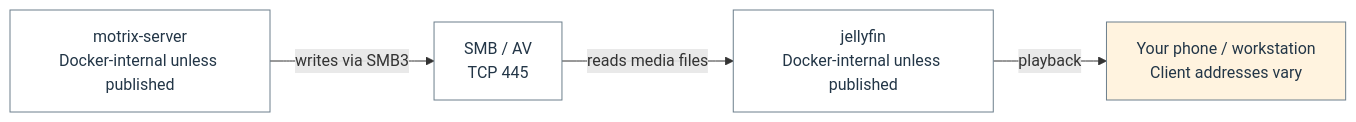
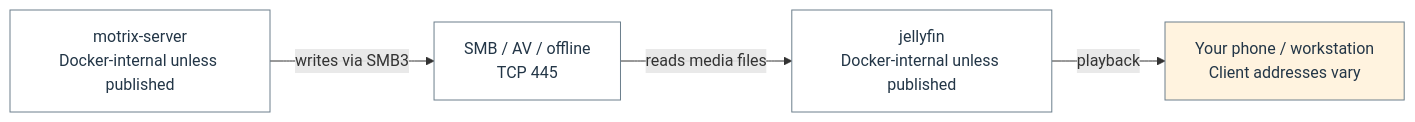
Before and after one commit to Harsh-2002/Homelab: diagram 15 of 22 in docs/architecture/homelab-mermaid.md, drawn with Mermaid. The commit also changed other lines of this file and 42 other files, not shown here.

````diff
--- a/docs/architecture/homelab-mermaid.md
+++ b/docs/architecture/homelab-mermaid.md
@@ -520,14 +501,14 @@
 ```mermaid
 flowchart LR
   n_flow_18_0["motrix-server<br/>Docker-internal unless published"]
-  n_flow_18_1["SMB / AV<br/>TCP 445"]
+  n_flow_18_1["SMB / AV / offline<br/>TCP 445"]
   n_flow_18_2["jellyfin<br/>Docker-internal unless published"]
   n_flow_18_3["Your phone / workstation<br/>Client addresses vary"]
   n_flow_18_0 -->|"writes via SMB3"| n_flow_18_1
   n_flow_18_1 -->|"reads media files"| n_flow_18_2
   n_flow_18_2 -->|"playback"| n_flow_18_3
   classDef c_flow_18_0 fill:#ffffff,stroke:#6c7f8c,color:#233647;
   class n_flow_18_0,n_flow_18_1,n_flow_18_2 c_flow_18_0;
   classDef c_flow_18_1 fill:#fff3df,stroke:#6c7f8c,color:#233647;
   class n_flow_18_3 c_flow_18_1;
 ```
````
